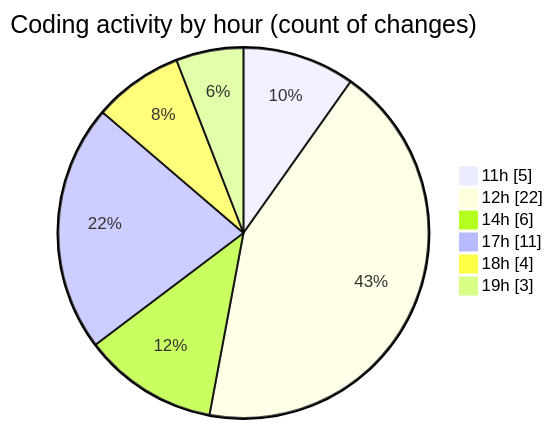
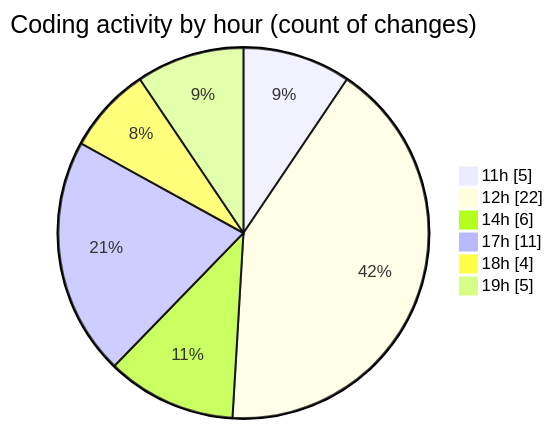
Before and after one commit to nxtqubesakshisongat/code-tracking: the second of 2 diagrams in 2026-01-19/nxtqube_webapp/README.md, drawn with Mermaid. The commit also changed other lines of this file and 1 other file, not shown here.

````diff
--- a/2026-01-19/nxtqube_webapp/README.md
+++ b/2026-01-19/nxtqube_webapp/README.md
@@ -37,10 +39,10 @@
 ```mermaid
 pie showData
 title Coding activity by hour (count of changes)
 "11h" : 5
 "12h" : 22
 "14h" : 6
 "17h" : 11
 "18h" : 4
-"19h" : 3
+"19h" : 5
 ```
````
